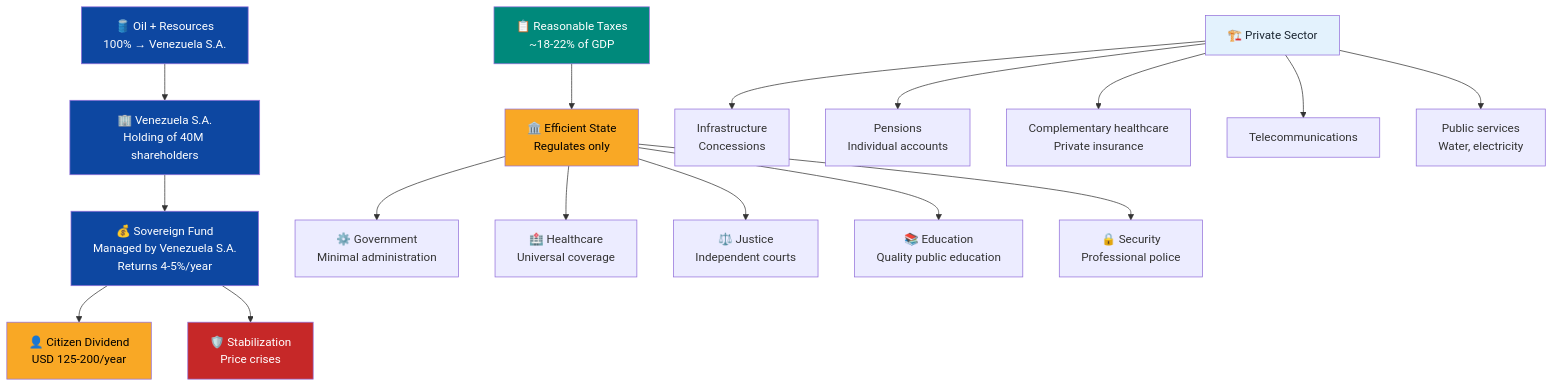
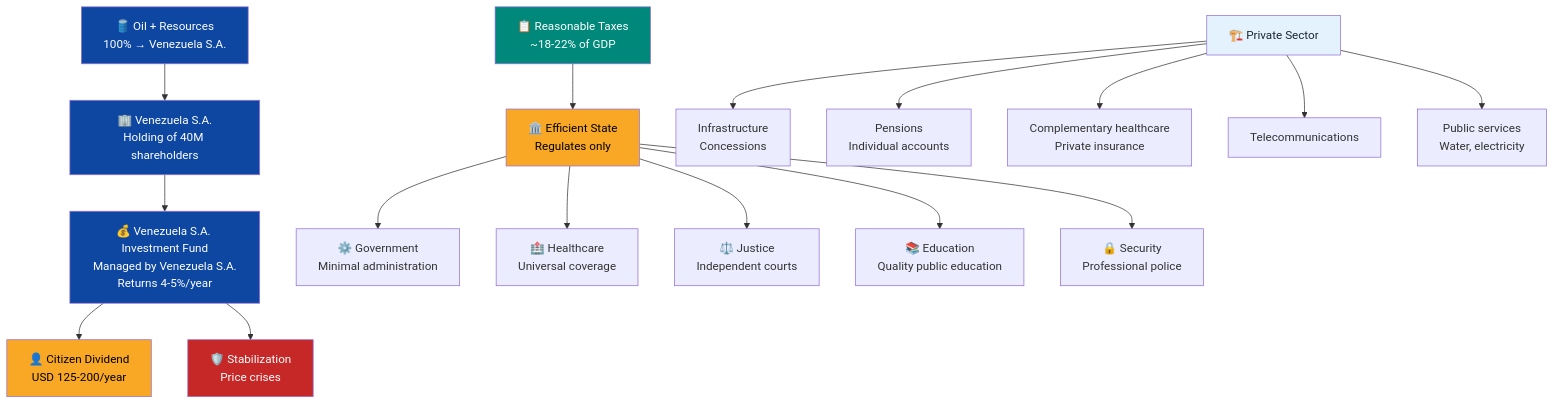
One commit to Venezuela-S-A/venezuela-sa changed the first of 15 diagrams in i18n/en/docusaurus-plugin-content-docs/current/04-gobernanza/modelo-estado.md. Above: the diagram before and after it, drawn with Mermaid. The commit also changed other lines of this file and 4 other files, not shown here.

````diff
--- a/i18n/en/docusaurus-plugin-content-docs/current/04-gobernanza/modelo-estado.md
+++ b/i18n/en/docusaurus-plugin-content-docs/current/04-gobernanza/modelo-estado.md
@@ -29,27 +29,27 @@
 ```mermaid
 flowchart TD
     OIL["🛢️ Oil + Resources<br/>100% → Venezuela S.A."] --> VSA["🏢 Venezuela S.A.<br/>Holding of 40M shareholders"]
-    VSA --> FUND["💰 Sovereign Fund<br/>Managed by Venezuela S.A.<br/>Returns 4-5%/year"]
+    VSA --> FUND["💰 Venezuela S.A. Investment Fund<br/>Managed by Venezuela S.A.<br/>Returns 4-5%/year"]
     TAX["📋 Reasonable Taxes<br/>~18-22% of GDP"] --> STATE["🏛️ Efficient State<br/>Regulates only"]
     FUND --> DIV["👤 Citizen Dividend<br/>USD 125-200/year"]
     FUND --> STAB["🛡️ Stabilization<br/>Price crises"]
     STATE --> S1["⚙️ Government<br/>Minimal administration"]
     STATE --> S2["🏥 Healthcare<br/>Universal coverage"]
     STATE --> S3["⚖️ Justice<br/>Independent courts"]
     STATE --> S4["📚 Education<br/>Quality public education"]
     STATE --> S5["🔒 Security<br/>Professional police"]
     PRIV["🏗️ Private Sector"] --> I1["Infrastructure<br/>Concessions"]
     PRIV --> I2["Pensions<br/>Individual accounts"]
     PRIV --> I3["Complementary healthcare<br/>Private insurance"]
     PRIV --> I4["Telecommunications"]
     PRIV --> I5["Public services<br/>Water, electricity"]
 
     style OIL fill:#0D47A1,color:#fff
     style VSA fill:#0D47A1,color:#fff
     style TAX fill:#00897B,color:#fff
     style STATE fill:#F9A825,color:#000
     style FUND fill:#0D47A1,color:#fff
     style PRIV fill:#E3F2FD,color:#1B2631
     style DIV fill:#F9A825,color:#000
     style STAB fill:#C62828,color:#fff
 ```
````
